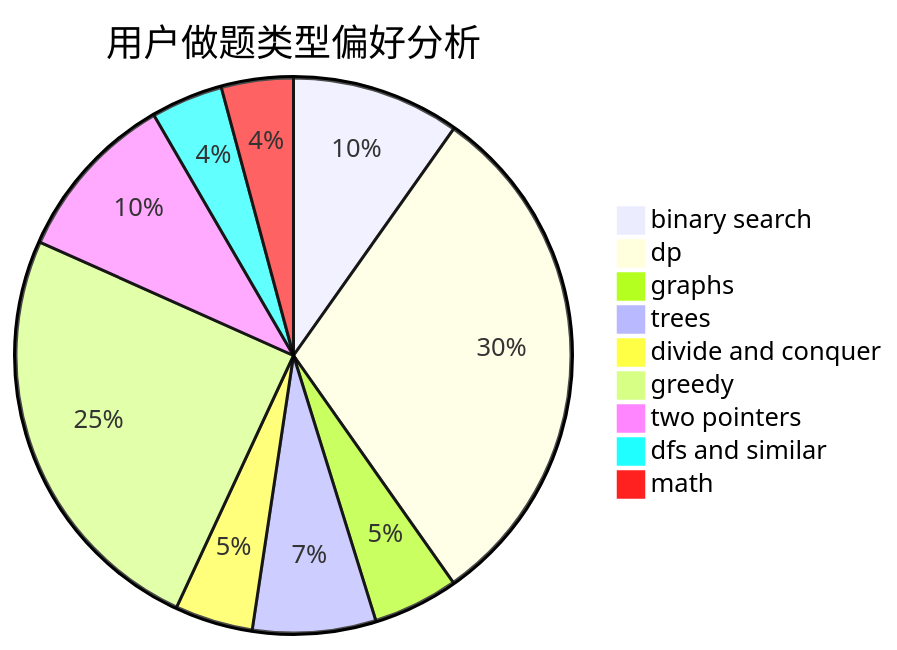
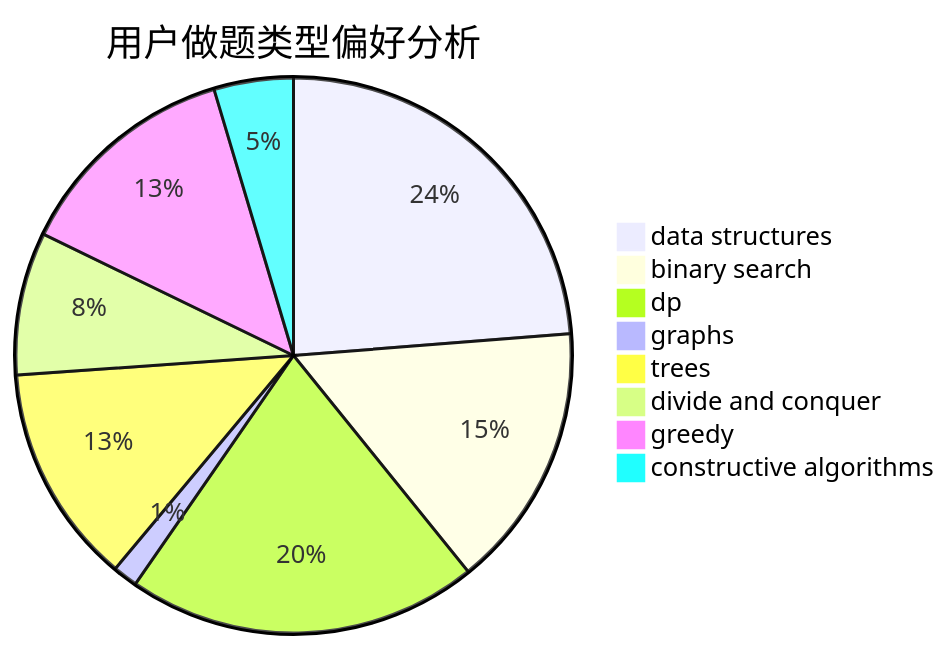
Before and after one commit to sherpahu/cfrs.github.io: the second of 3 diagrams in docs/user/u1033.md, drawn with Mermaid. The commit also changed other lines of this file and 2775 other files, not shown here.

````diff
--- a/docs/user/u1033.md
+++ b/docs/user/u1033.md
@@ -23,12 +23,11 @@
 ```mermaid
 pie title 用户做题类型偏好分析
-    "binary search" :  138
-    "dp" :  429
-    "graphs" :  70
-    "trees" :  101
-    "divide and conquer" :  64
-    "greedy" :  349
-    "two pointers" :  140
-    "dfs and similar" :  59
-    "math" :  59
+    "data structures" :  180
+    "binary search" :  117
+    "dp" :  155
+    "graphs" :  11
+    "trees" :  97
+    "divide and conquer" :  63
+    "greedy" :  100
+    "constructive algorithms" :  35
 ```
````
